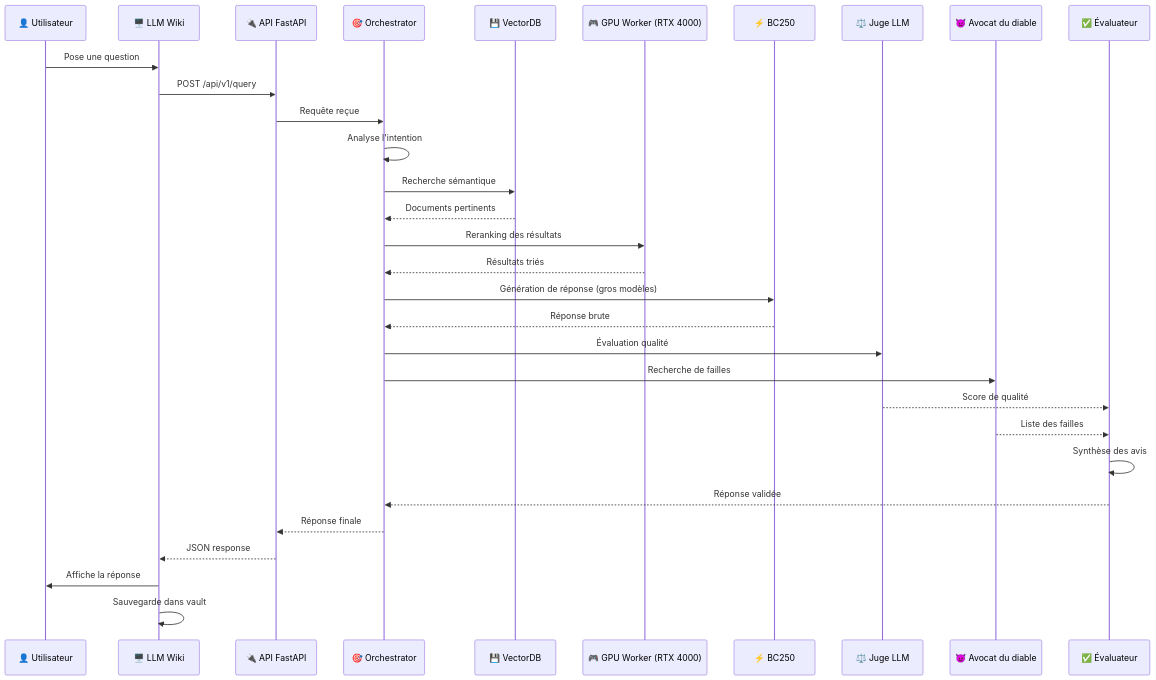
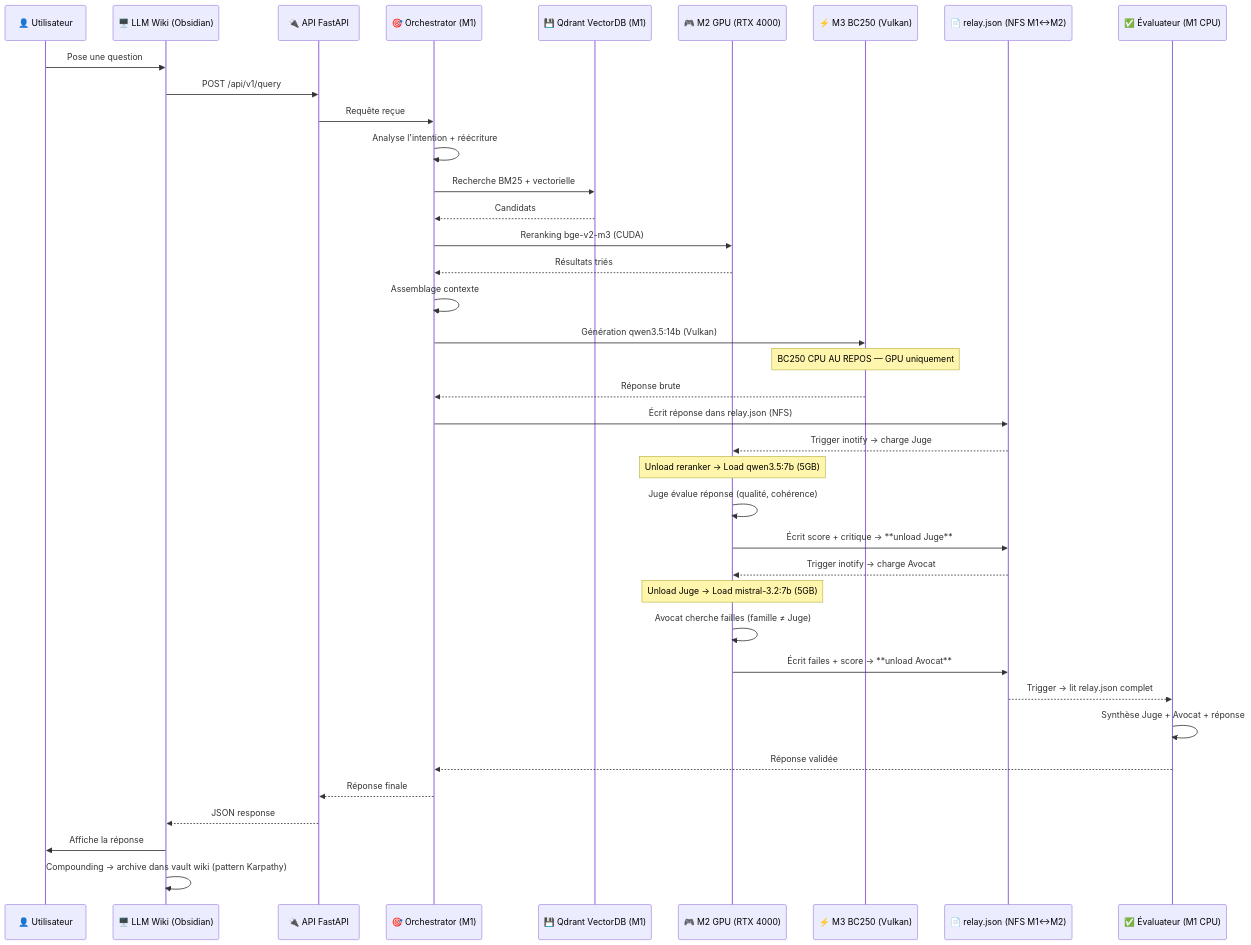
One commit to chelmooz/rag-multi-agent-cluster changed the second of 2 diagrams in README.md. Above: the diagram before and after it, drawn with Mermaid. The commit also changed other lines of this file, not shown here.

Commit message:
docs: update mermaid diagrams in README with corrected 3-machine mapping

````diff
--- a/README.md
+++ b/README.md
@@ -144,34 +146,54 @@
 ```mermaid
 sequenceDiagram
     participant User as 👤 Utilisateur
-    participant LLMWiki as 🖥️ LLM Wiki
+    participant LLMWiki as 🖥️ LLM Wiki (Obsidian)
     participant API as 🔌 API FastAPI
-    participant Orchestrator as 🎯 Orchestrator
-    participant VectorDB as 💾 VectorDB
-    participant GPU as 🎮 GPU Worker (RTX 4000)
-    participant BC250 as ⚡ BC250
-    participant Juge as ⚖️ Juge LLM
-    participant Avocat as 😈 Avocat du diable
-    participant Evaluateur as ✅ Évaluateur
+    participant Orchestrator as 🎯 Orchestrator (M1)
+    participant VectorDB as 💾 Qdrant VectorDB (M1)
+    participant M2 as 🎮 M2 GPU (RTX 4000)
+    participant M3 as ⚡ M3 BC250 (Vulkan)
+    participant Relay as 📄 relay.json (NFS M1↔M2)
+    participant Evaluateur as ✅ Évaluateur (M1 CPU)
 
     User->>LLMWiki: Pose une question
     LLMWiki->>API: POST /api/v1/query
     API->>Orchestrator: Requête reçue
-    Orchestrator->>Orchestrator: Analyse l'intention
-    Orchestrator->>VectorDB: Recherche sémantique
-    VectorDB-->>Orchestrator: Documents pertinents
-    Orchestrator->>GPU: Reranking des résultats
-    GPU-->>Orchestrator: Résultats triés
-    Orchestrator->>BC250: Génération de réponse (gros modèles)
-    BC250-->>Orchestrator: Réponse brute
-    Orchestrator->>Juge: Évaluation qualité
-    Orchestrator->>Avocat: Recherche de failles
-    Juge-->>Evaluateur: Score de qualité
-    Avocat-->>Evaluateur: Liste des failles
-    Evaluateur->>Evaluateur: Synthèse des avis
+    Orchestrator->>Orchestrator: Analyse l'intention + réécriture
+
+    %% Recherche + Reranking
+    Orchestrator->>VectorDB: Recherche BM25 + vectorielle
+    VectorDB-->>Orchestrator: Candidats
+    Orchestrator->>M2: Reranking bge-v2-m3 (CUDA)
+    M2-->>Orchestrator: Résultats triés
+    Orchestrator->>Orchestrator: Assemblage contexte
+
+    %% Génération sur BC250
+    Orchestrator->>M3: Génération qwen3.5:14b (Vulkan)
+    Note over M3: BC250 CPU AU REPOS — GPU uniquement
+    M3-->>Orchestrator: Réponse brute
+
+    %% Écriture relay (début évaluation)
+    Orchestrator->>Relay: Écrit réponse dans relay.json (NFS)
+
+    %% Phase 1: Juge (séquentiel, pas parallèle)
+    Relay-->>M2: Trigger inotify → charge Juge
+    Note over M2: Unload reranker → Load qwen3.5:7b (5GB)
+    M2->>M2: Juge évalue réponse (qualité, cohérence)
+    M2->>Relay: Écrit score + critique → **unload Juge**
+
+    %% Phase 2: Avocat (après unload Juge)
+    Relay-->>M2: Trigger inotify → charge Avocat
+    Note over M2: Unload Juge → Load mistral-3.2:7b (5GB)
+    M2->>M2: Avocat cherche failles (famille ≠ Juge)
+    M2->>Relay: Écrit failes + score → **unload Avocat**
+
+    %% Phase 3: Évaluateur
+    Relay-->>Evaluateur: Trigger → lit relay.json complet
+    Evaluateur->>Evaluateur: Synthèse Juge + Avocat + réponse
     Evaluateur-->>Orchestrator: Réponse validée
+
     Orchestrator-->>API: Réponse finale
     API-->>LLMWiki: JSON response
     LLMWiki->>User: Affiche la réponse
-    LLMWiki->>LLMWiki: Sauvegarde dans vault
+    LLMWiki->>LLMWiki: Compounding → archive dans vault wiki (pattern Karpathy)
 ```
````
